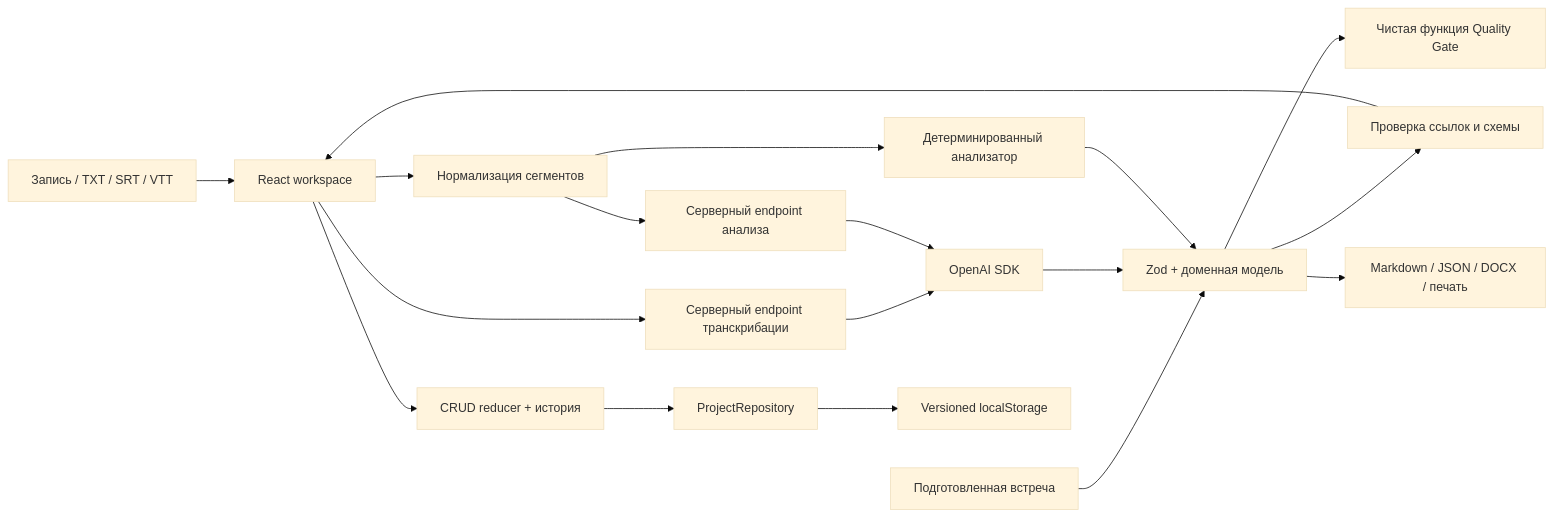
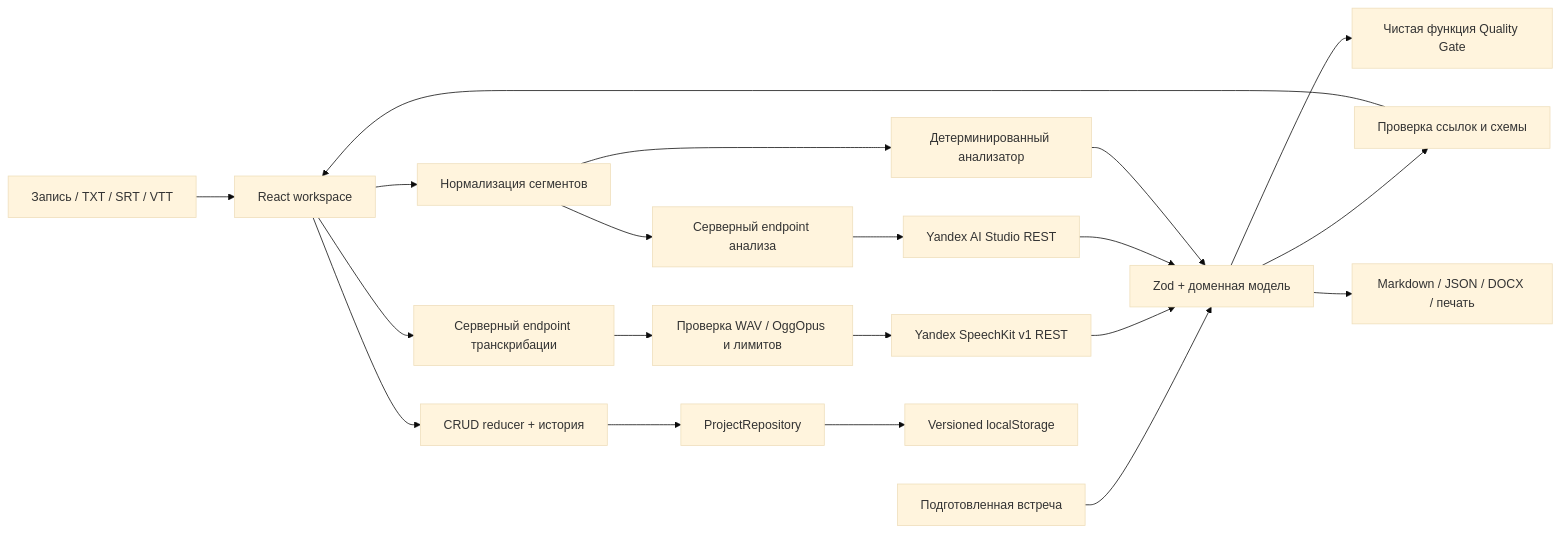
One commit to madaminchyk/specflow-hackathon changed the diagram in docs/ARCHITECTURE.md. Above: the diagram before and after it, drawn with Mermaid (base theme). The commit also changed other lines of this file and 24 other files, not shown here.

````diff
--- a/docs/ARCHITECTURE.md
+++ b/docs/ARCHITECTURE.md
@@ -3,20 +3,22 @@
 ```mermaid
 flowchart LR
   Input[Запись / TXT / SRT / VTT] --> UI[React workspace]
   Demo[Подготовленная встреча] --> Domain[Zod + доменная модель]
   UI --> Parser[Нормализация сегментов]
   Parser --> Local[Детерминированный анализатор]
   Parser --> API[Серверный endpoint анализа]
   UI --> ASR[Серверный endpoint транскрибации]
-  ASR --> OpenAI[OpenAI SDK]
-  API --> OpenAI
-  OpenAI --> Domain
+  ASR --> Audio[Проверка WAV / OggOpus и лимитов]
+  Audio --> SpeechKit[Yandex SpeechKit v1 REST]
+  API --> YandexGPT[Yandex AI Studio REST]
+  SpeechKit --> Domain
+  YandexGPT --> Domain
   Local --> Domain
   Domain --> Integrity[Проверка ссылок и схемы]
   Integrity --> UI
   UI --> Reducer[CRUD reducer + история]
   Reducer --> Repo[ProjectRepository]
   Repo --> Storage[Versioned localStorage]
   Domain --> Quality[Чистая функция Quality Gate]
   Domain --> Export[Markdown / JSON / DOCX / печать]
 ```
````
